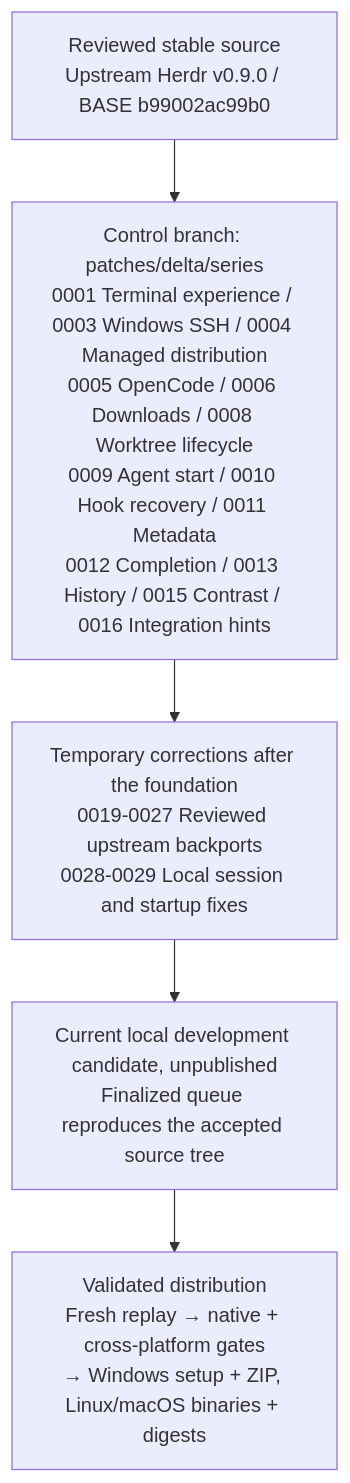
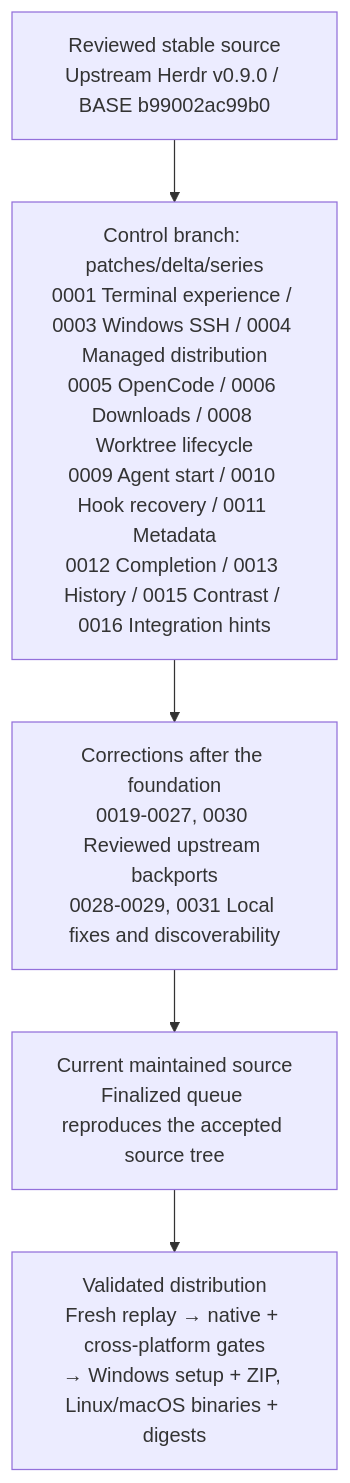
The diagram in docs/next/README.md (hdosys/herdr-win), drawn with Mermaid before and after one commit. The commit also changed other lines of this file and 4 other files, not shown here.

````diff
--- a/docs/next/README.md
+++ b/docs/next/README.md
@@ -37,9 +34,9 @@
 ```mermaid
 flowchart TB
     S["Reviewed stable source<br/>Upstream Herdr v0.9.0 / BASE b99002ac99b0"]
     Q["Control branch: patches/delta/series<br/>0001 Terminal experience / 0003 Windows SSH / 0004 Managed distribution<br/>0005 OpenCode / 0006 Downloads / 0008 Worktree lifecycle<br/>0009 Agent start / 0010 Hook recovery / 0011 Metadata<br/>0012 Completion / 0013 History / 0015 Contrast / 0016 Integration hints"]
-    B["Temporary corrections after the foundation<br/>0019-0027 Reviewed upstream backports<br/>0028-0029 Local session and startup fixes"]
-    D["Current local development candidate, unpublished<br/>Finalized queue reproduces the accepted source tree"]
+    B["Corrections after the foundation<br/>0019-0027, 0030 Reviewed upstream backports<br/>0028-0029, 0031 Local fixes and discoverability"]
+    D["Current maintained source<br/>Finalized queue reproduces the accepted source tree"]
     V["Validated distribution<br/>Fresh replay → native + cross-platform gates<br/>→ Windows setup + ZIP, Linux/macOS binaries + digests"]
     S --> Q --> B --> D --> V
 ```
````
